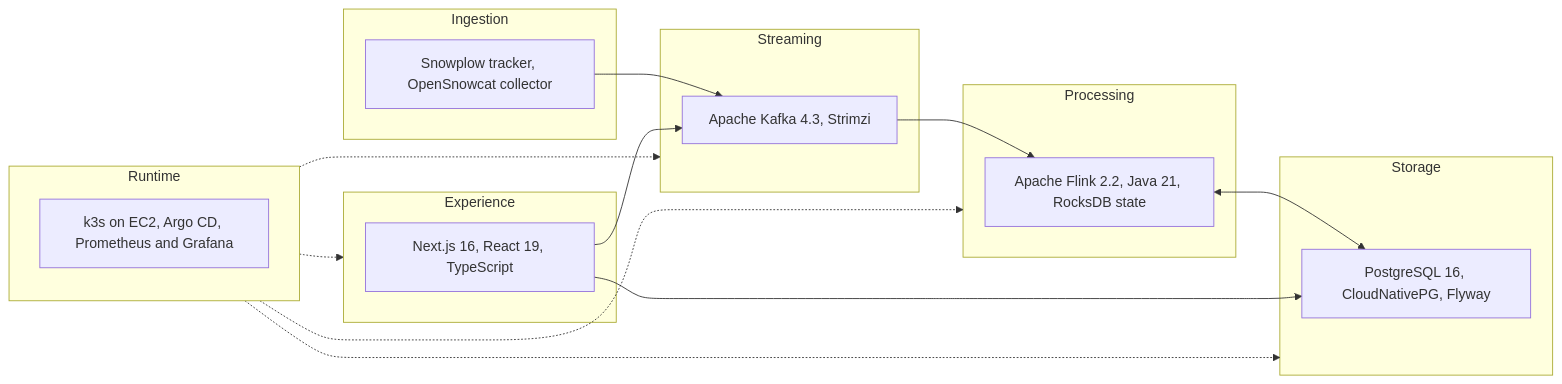
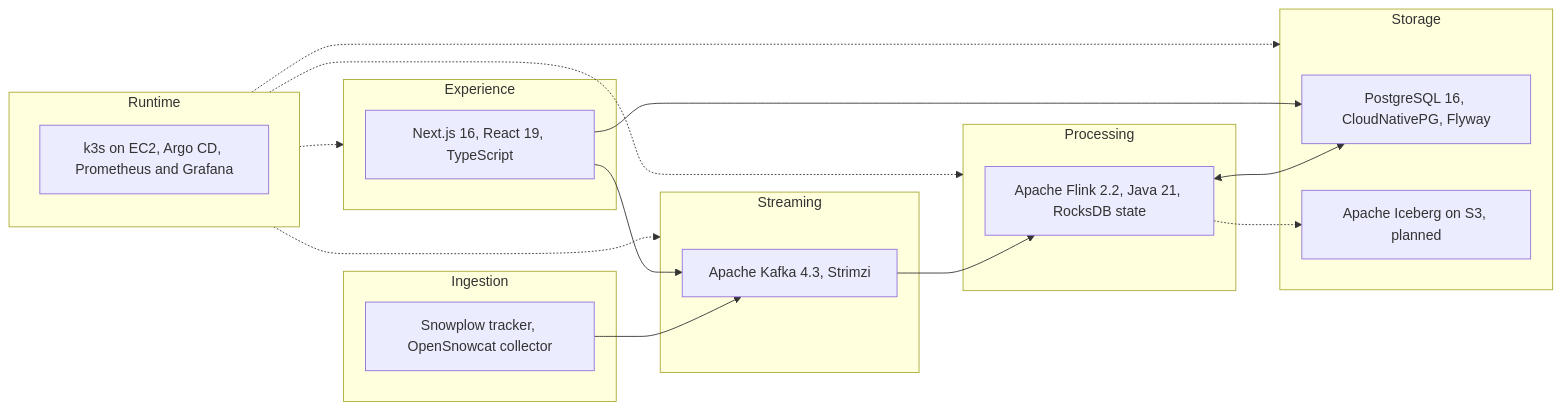
One commit to 18120158binh/salarose changed the third of 7 diagrams in docs/internal/architecture/overview.md. Above: the diagram before and after it, drawn with Mermaid. The commit also changed other lines of this file and 35 other files, not shown here.

First line of the commit message:
docs(architecture): storage tiers, Iceberg lakehouse, and state recovery (#99)

````diff
--- a/docs/internal/architecture/overview.md
+++ b/docs/internal/architecture/overview.md
@@ -76,25 +80,27 @@
 ```mermaid
 flowchart LR
 	subgraph edge[Ingestion]
 		snow[Snowplow tracker, OpenSnowcat collector]
 	end
 	subgraph streamk[Streaming]
 		kafka[Apache Kafka 4.3, Strimzi]
 	end
 	subgraph compute[Processing]
 		flink[Apache Flink 2.2, Java 21, RocksDB state]
 	end
 	subgraph db[Storage]
 		pg[PostgreSQL 16, CloudNativePG, Flyway]
+		lake[Apache Iceberg on S3, planned]
 	end
 	subgraph ui[Experience]
 		next[Next.js 16, React 19, TypeScript]
 	end
 	subgraph run[Runtime]
 		k3s[k3s on EC2, Argo CD, Prometheus and Grafana]
 	end
 	snow --> kafka --> flink <--> pg
+	flink -.-> lake
 	next --> pg
 	next --> kafka
 	run -.-> streamk & compute & db & ui
 ```
````
